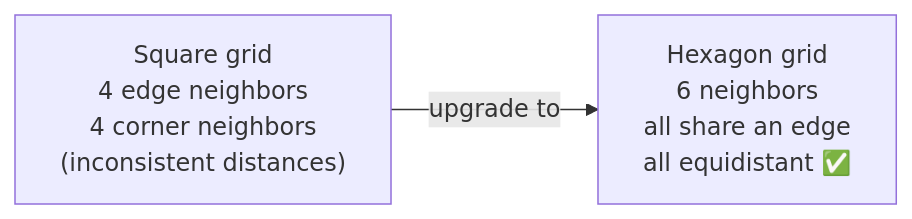
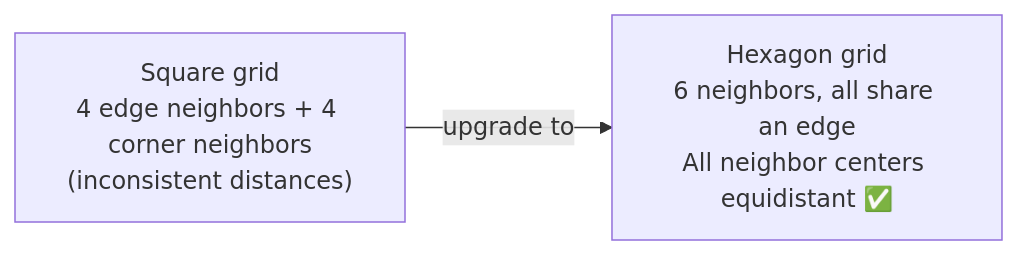
Before and after one commit to Thamjith/system-design-reallife-scenarios: the first of 4 diagrams in content/h3-spatial-index.md, drawn with Mermaid. The commit also changed other lines of this file and 9 other files, not shown here.

First line of the commit message:
Enhance Mermaid diagrams with zoom functionality and improve styling

````diff
--- a/content/h3-spatial-index.md
+++ b/content/h3-spatial-index.md
@@ -22,6 +127,6 @@
 ```mermaid
 flowchart LR
-    SQ["Square grid\n4 edge neighbors\n4 corner neighbors\n(inconsistent distances)"]
-    HEX["Hexagon grid\n6 neighbors\nall share an edge\nall equidistant ✅"]
+    SQ["Square grid\n4 edge neighbors + 4 corner neighbors\n(inconsistent distances)"]
+    HEX["Hexagon grid\n6 neighbors, all share an edge\nAll neighbor centers equidistant ✅"]
     SQ --"upgrade to"--> HEX
 ```
````
